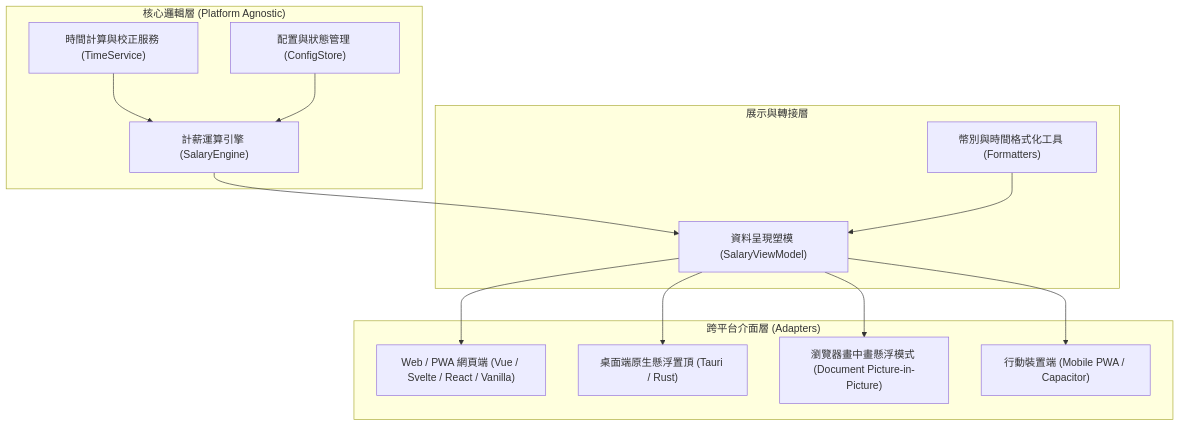
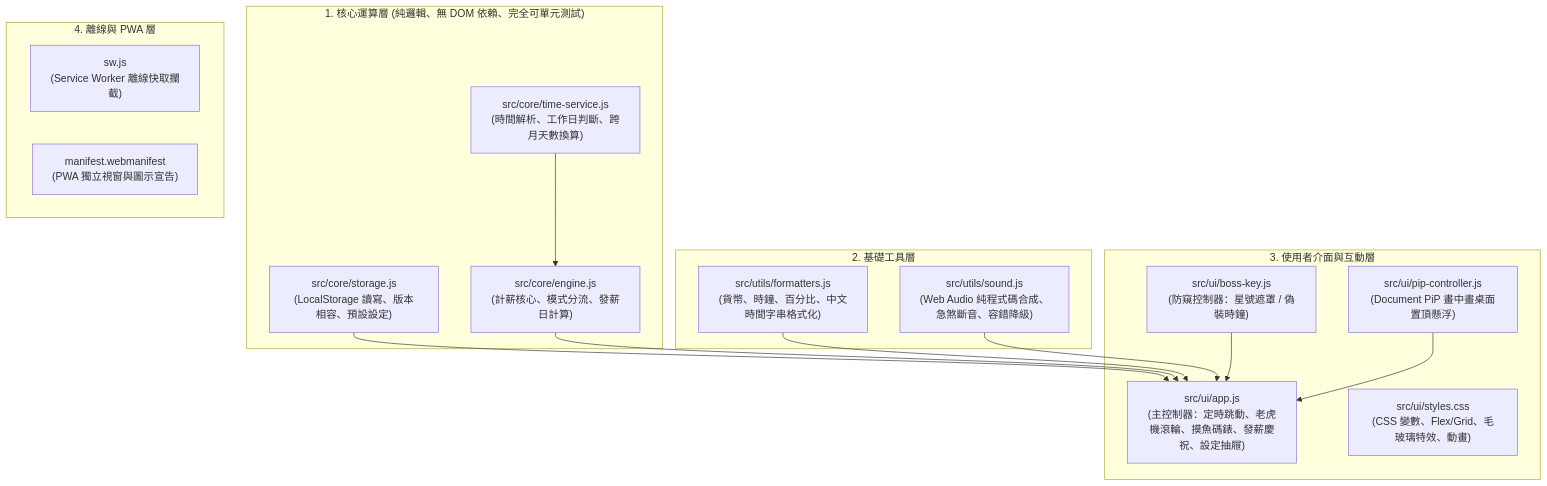
The diagram in docs/ARCHITECTURE.md (carbeso/salary-clock), drawn with Mermaid before and after one commit. The commit also changed other lines of this file and 5 other files, not shown here.

````diff
--- a/docs/ARCHITECTURE.md
+++ b/docs/ARCHITECTURE.md
@@ -11,29 +11,33 @@
 ```mermaid
 graph TD
-    subgraph Core ["核心邏輯層 (Platform Agnostic)"]
-        Engine["計薪運算引擎 (SalaryEngine)"]
-        Config["配置與狀態管理 (ConfigStore)"]
-        TimeService["時間計算與校正服務 (TimeService)"]
+    subgraph CoreLayer ["1. 核心運算層 (純邏輯、無 DOM 依賴、完全可單元測試)"]
+        Engine["src/core/engine.js<br>(計薪核心、模式分流、發薪日計算)"]
+        TimeService["src/core/time-service.js<br>(時間解析、工作日判斷、跨月天數換算)"]
+        Storage["src/core/storage.js<br>(LocalStorage 讀寫、版本相容、預設設定)"]
     end
 
-    subgraph Presenter ["展示與轉接層"]
-        ViewModel["資料呈現塑模 (SalaryViewModel)"]
-        Formatters["幣別與時間格式化工具 (Formatters)"]
+    subgraph UtilsLayer ["2. 基礎工具層"]
+        Formatters["src/utils/formatters.js<br>(貨幣、時鐘、百分比、中文時間字串格式化)"]
+        Sound["src/utils/sound.js<br>(Web Audio 純程式碼合成、急煞斷音、容錯降級)"]
     end
 
-    subgraph PlatformAdapters ["跨平台介面層 (Adapters)"]
-        WebUI["Web / PWA 網頁端 (Vue / Svelte / React / Vanilla)"]
-        DesktopTauri["桌面端原生懸浮置頂 (Tauri / Rust)"]
-        PiPMode["瀏覽器畫中畫懸浮模式 (Document Picture-in-Picture)"]
-        MobilePWA["行動裝置端 (Mobile PWA / Capacitor)"]
+    subgraph UILayer ["3. 使用者介面與互動層"]
+        BossKey["src/ui/boss-key.js<br>(防窺控制器：星號遮罩 / 偽裝時鐘)"]
+        PiP["src/ui/pip-controller.js<br>(Document PiP 畫中畫桌面置頂懸浮)"]
+        App["src/ui/app.js<br>(主控制器：定時跳動、老虎機滾輪、摸魚碼錶、發薪慶祝、設定抽屜)"]
+        Styles["src/ui/styles.css<br>(CSS 變數、Flex/Grid、毛玻璃特效、動畫)"]
+    end
+
+    subgraph OfflineLayer ["4. 離線與 PWA 層"]
+        SW["sw.js<br>(Service Worker 離線快取攔截)"]
+        Manifest["manifest.webmanifest<br>(PWA 獨立視窗與圖示宣告)"]
     end
 
     TimeService --> Engine
-    Config --> Engine
-    Engine --> ViewModel
-    Formatters --> ViewModel
-    ViewModel --> WebUI
-    ViewModel --> DesktopTauri
-    ViewModel --> PiPMode
-    ViewModel --> MobilePWA
+    Storage --> App
+    Engine --> App
+    Formatters --> App
+    Sound --> App
+    BossKey --> App
+    PiP --> App
 ```
````
